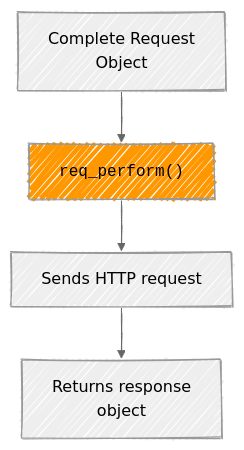
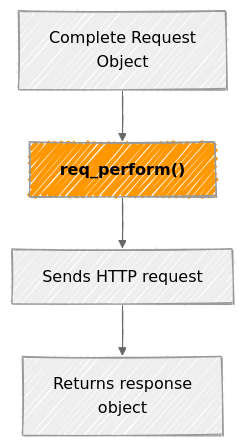
Before and after one commit to mjfrigaard/do4ds-labs: the fourth of 10 diagrams in r-app-api.qmd, drawn with Mermaid. The commit also changed other lines of this file and 34 other files, not shown here.

Commit message:
updates to mermaid

````diff
--- a/r-app-api.qmd
+++ b/r-app-api.qmd
@@ -382,13 +382,13 @@
 ```{mermaid}
 %%| fig-width: 6.5
 %%| fig-align: center
 %%{init: {'theme': 'neutral', 'look': 'handDrawn', 'themeVariables': { 'fontFamily': 'monospace'}}}%%
 
 graph TD
-	A["Complete Request<br>Object"] --> B["<code>req_perform()</code>"]
+	A["Complete Request<br>Object"] --> B["<strong>req_perform()</strong>"]
 	B --> C["Sends HTTP request"]
 	C --> D["Returns response<br>object"]
 
-style B fill:#ff9800
+style B fill:#ff9800,color:#000
 
 ```
````
